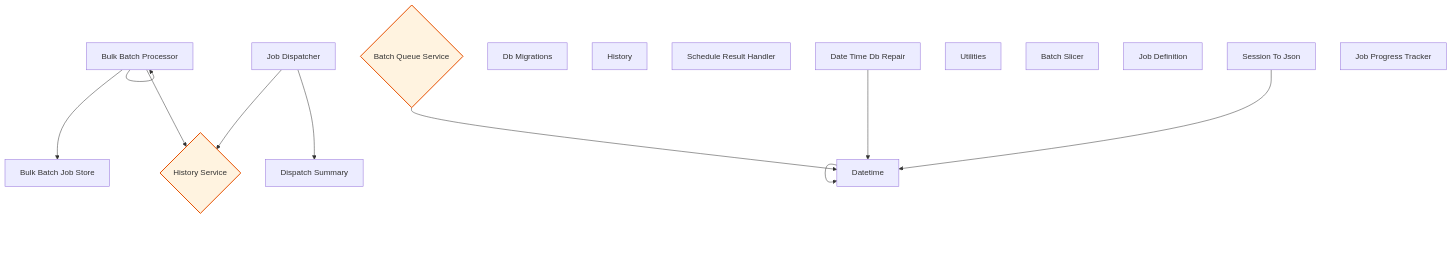
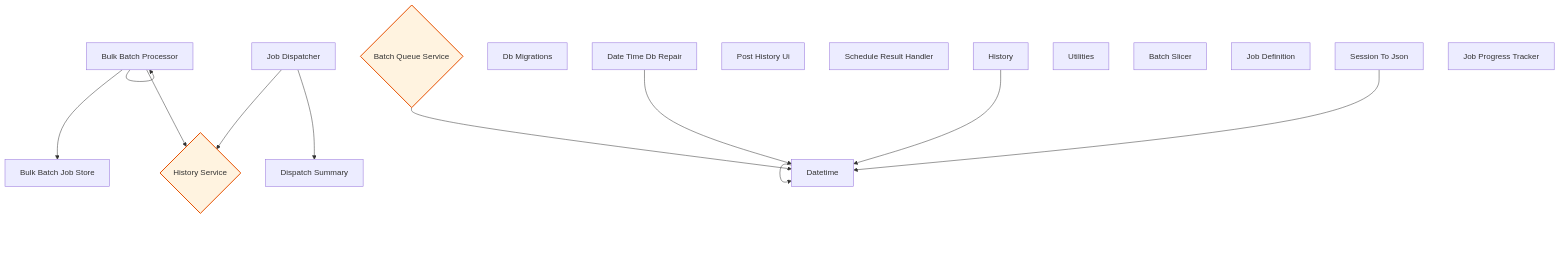
One commit to rpnunez/wp-ai-scheduler changed diagram 19 of 19 in docs/feature-report.md. Above: the diagram before and after it, drawn with Mermaid. The commit also changed other lines of this file and 1 other file, not shown here.

````diff
--- a/docs/feature-report.md
+++ b/docs/feature-report.md
@@ -932,36 +934,38 @@
 ```mermaid
 flowchart TD
     %% Utilities Architecture
 
     Batch_Queue_Service{"Batch Queue Service"}
     Bulk_Batch_Job_Store["Bulk Batch Job Store"]
     Bulk_Batch_Processor["Bulk Batch Processor"]
     Date_Time_DB_Repair["Date Time Db Repair"]
     DateTime["Datetime"]
     DB_Migrations["Db Migrations"]
     History_Service{"History Service"}
     History["History"]
+    Post_History_UI["Post History Ui"]
     Schedule_Result_Handler["Schedule Result Handler"]
     Session_To_JSON["Session To Json"]
     Utilities["Utilities"]
     Batch_Slicer["Batch Slicer"]
     Dispatch_Summary["Dispatch Summary"]
     Job_Definition["Job Definition"]
     Job_Dispatcher["Job Dispatcher"]
     Job_Progress_Tracker["Job Progress Tracker"]
 
     Batch_Queue_Service --> DateTime
     Bulk_Batch_Processor --> Bulk_Batch_Job_Store
     Bulk_Batch_Processor --> Bulk_Batch_Processor
     Bulk_Batch_Processor --> History_Service
     Date_Time_DB_Repair --> DateTime
     DateTime --> DateTime
+    History --> DateTime
     Session_To_JSON --> DateTime
     Job_Dispatcher --> Dispatch_Summary
     Job_Dispatcher --> History_Service
 
     classDef repository fill:#e1f5ff,stroke:#01579b,stroke-width:2px
     classDef service fill:#fff3e0,stroke:#e65100,stroke-width:2px
     classDef controller fill:#f3e5f5,stroke:#4a148c,stroke-width:2px
     class Batch_Queue_Service,History_Service service
 ```
````
